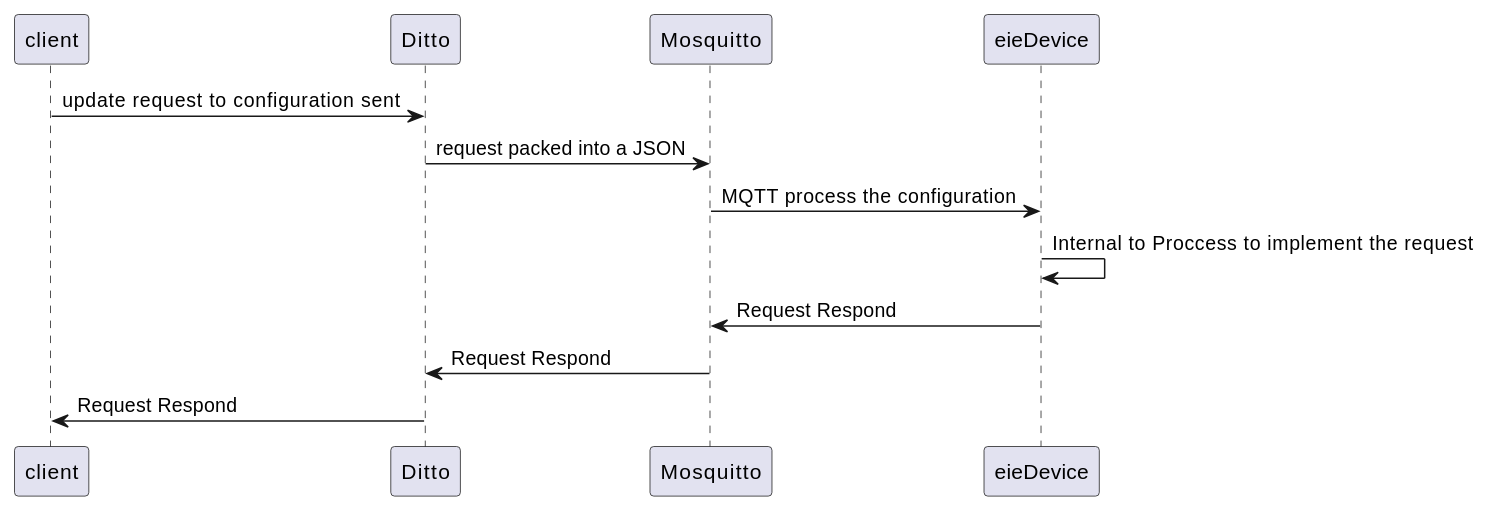
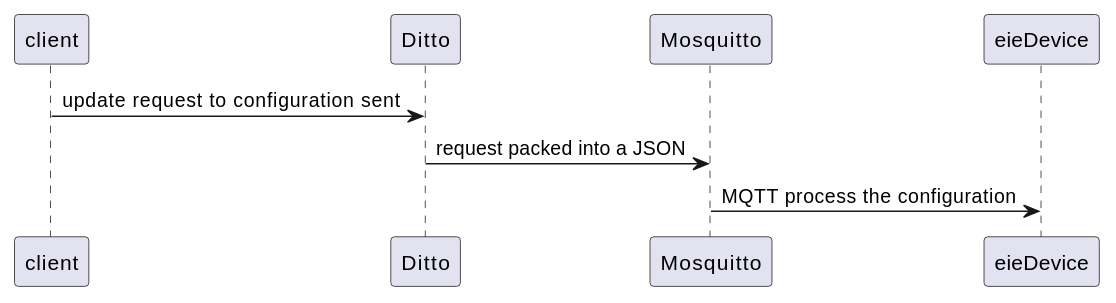
One commit to oscarfc164/ie0417-dev changed the first of 3 diagrams in docs/source/labs/proyecto/avance_1/proyecto.rst. Above: the diagram before and after it, drawn with PlantUML. The commit also changed other lines of this file, not shown here.

Commit message:
Changes in UML diagrams

```diff
--- a/docs/source/labs/proyecto/avance_1/proyecto.rst
+++ b/docs/source/labs/proyecto/avance_1/proyecto.rst
@@ -113,11 +113,10 @@
 .. uml::
 
+
+   
   @startuml
   client->Ditto: update request to configuration sent
   Ditto-> Mosquitto: request packed into a JSON
   Mosquitto-> eieDevice: MQTT process the configuration 
-  eieDevice->eieDevice: Internal to Proccess to implement the request
-  eieDevice-> Mosquitto: Request Respond
-  Mosquitto->Ditto: Request Respond
-  Ditto->client: Request Respond
+
   @enduml
```
